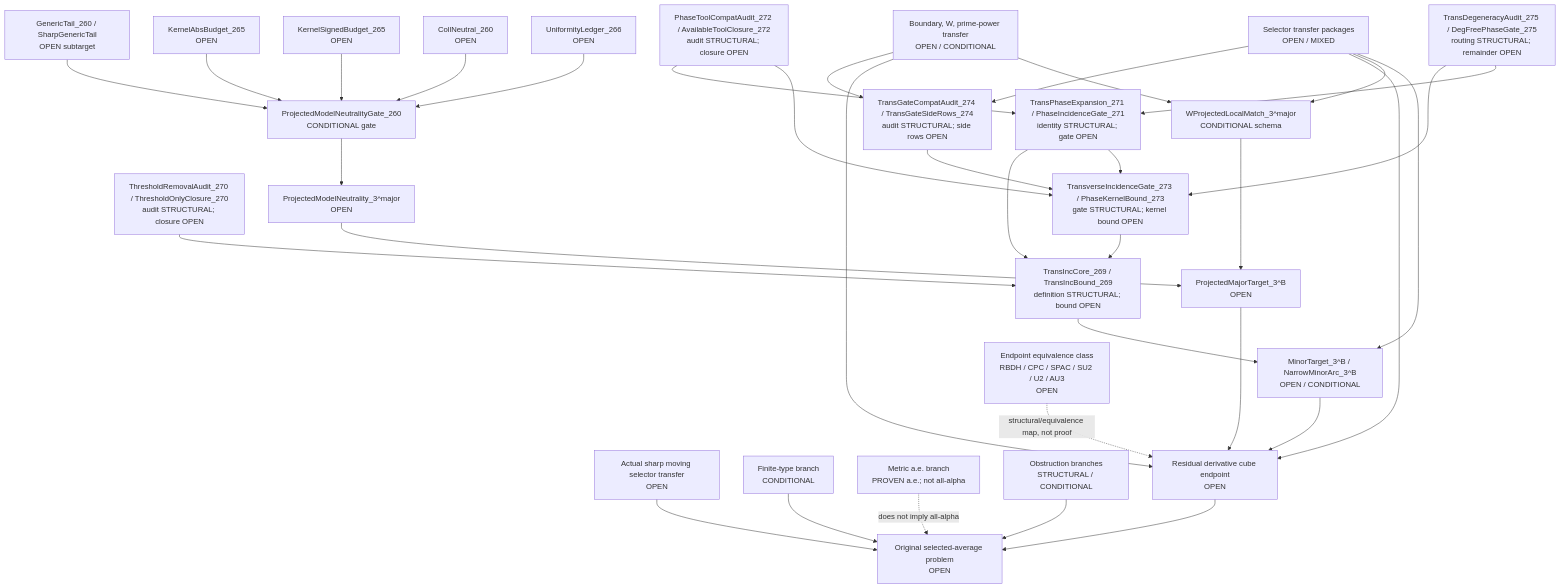
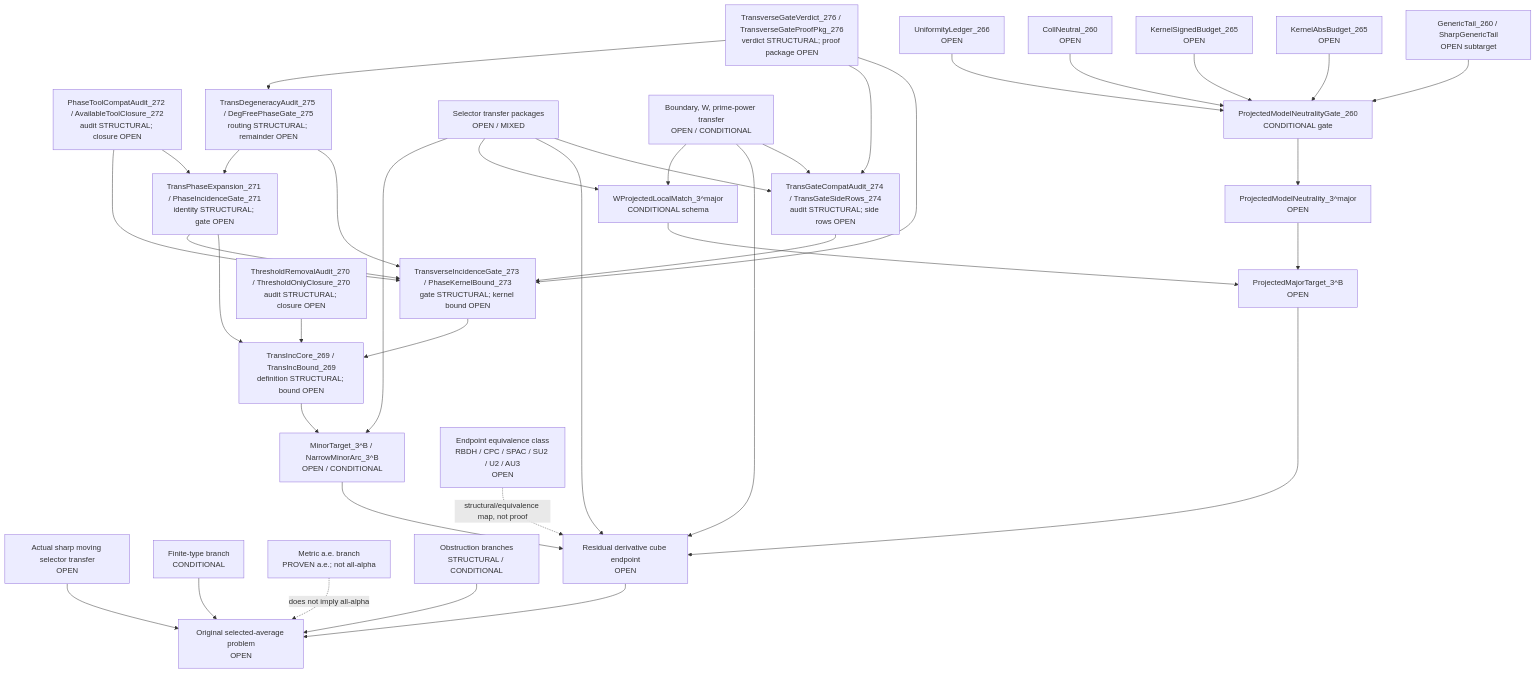
One commit to flaritycat/PrimeResonanceGap changed the diagram in docs/modules/dependency_graph.md. Above: the diagram before and after it, drawn with Mermaid. The commit also changed 9 other files, not shown here.

Commit message:
Add Module 276 transverse gate verdict

````diff
--- a/docs/modules/dependency_graph.md
+++ b/docs/modules/dependency_graph.md
@@ -7,70 +7,74 @@
 ```mermaid
 flowchart TD
   Original["Original selected-average problem<br/>OPEN"]
   SharpSel["Actual sharp moving selector transfer<br/>OPEN"]
   FiniteType["Finite-type branch<br/>CONDITIONAL"]
   Metric["Metric a.e. branch<br/>PROVEN a.e.; not all-alpha"]
   Obstruction["Obstruction branches<br/>STRUCTURAL / CONDITIONAL"]
 
   ResCube["Residual derivative cube endpoint<br/>OPEN"]
   MajorTarget["ProjectedMajorTarget_3^B<br/>OPEN"]
   MinorTarget["MinorTarget_3^B / NarrowMinorArc_3^B<br/>OPEN / CONDITIONAL"]
   TransInc["TransIncCore_269 / TransIncBound_269<br/>definition STRUCTURAL; bound OPEN"]
   ThresholdAudit["ThresholdRemovalAudit_270 / ThresholdOnlyClosure_270<br/>audit STRUCTURAL; closure OPEN"]
   PhaseExpansion["TransPhaseExpansion_271 / PhaseIncidenceGate_271<br/>identity STRUCTURAL; gate OPEN"]
   ToolCompat["PhaseToolCompatAudit_272 / AvailableToolClosure_272<br/>audit STRUCTURAL; closure OPEN"]
   TransGate["TransverseIncidenceGate_273 / PhaseKernelBound_273<br/>gate STRUCTURAL; kernel bound OPEN"]
   TransGateCompat["TransGateCompatAudit_274 / TransGateSideRows_274<br/>audit STRUCTURAL; side rows OPEN"]
   DegAudit["TransDegeneracyAudit_275 / DegFreePhaseGate_275<br/>routing STRUCTURAL; remainder OPEN"]
+  TransVerdict["TransverseGateVerdict_276 / TransverseGateProofPkg_276<br/>verdict STRUCTURAL; proof package OPEN"]
   SelectorTransfer["Selector transfer packages<br/>OPEN / MIXED"]
   BoundaryTransfer["Boundary, W, prime-power transfer<br/>OPEN / CONDITIONAL"]
 
   WLocal["WProjectedLocalMatch_3^major<br/>CONDITIONAL schema"]
   ModelNeutral["ProjectedModelNeutrality_3^major<br/>OPEN"]
   PMNGate["ProjectedModelNeutralityGate_260<br/>CONDITIONAL gate"]
   GenericTail["GenericTail_260 / SharpGenericTail<br/>OPEN subtarget"]
   KernelAbs["KernelAbsBudget_265<br/>OPEN"]
   KernelSigned["KernelSignedBudget_265<br/>OPEN"]
   CollNeutral["CollNeutral_260<br/>OPEN"]
   Uniformity["UniformityLedger_266<br/>OPEN"]
 
   EndpointClass["Endpoint equivalence class<br/>RBDH / CPC / SPAC / SU2 / U2 / AU3<br/>OPEN"]
 
   SharpSel --> Original
   FiniteType --> Original
   Obstruction --> Original
   ResCube --> Original
   Metric -. "does not imply all-alpha" .-> Original
 
   MajorTarget --> ResCube
   MinorTarget --> ResCube
   TransInc --> MinorTarget
   ThresholdAudit --> TransInc
   PhaseExpansion --> TransInc
   ToolCompat --> PhaseExpansion
   TransGate --> TransInc
   PhaseExpansion --> TransGate
   ToolCompat --> TransGate
   TransGateCompat --> TransGate
   SelectorTransfer --> TransGateCompat
   BoundaryTransfer --> TransGateCompat
   DegAudit --> TransGate
   DegAudit --> PhaseExpansion
+  TransVerdict --> TransGate
+  TransVerdict --> TransGateCompat
+  TransVerdict --> DegAudit
   SelectorTransfer --> ResCube
   BoundaryTransfer --> ResCube
   EndpointClass -. "structural/equivalence map, not proof" .-> ResCube
 
   WLocal --> MajorTarget
   ModelNeutral --> MajorTarget
 
   PMNGate --> ModelNeutral
   GenericTail --> PMNGate
   KernelAbs --> PMNGate
   KernelSigned --> PMNGate
   CollNeutral --> PMNGate
   Uniformity --> PMNGate
 
   BoundaryTransfer --> WLocal
   SelectorTransfer --> WLocal
   SelectorTransfer --> MinorTarget
 ```
````
